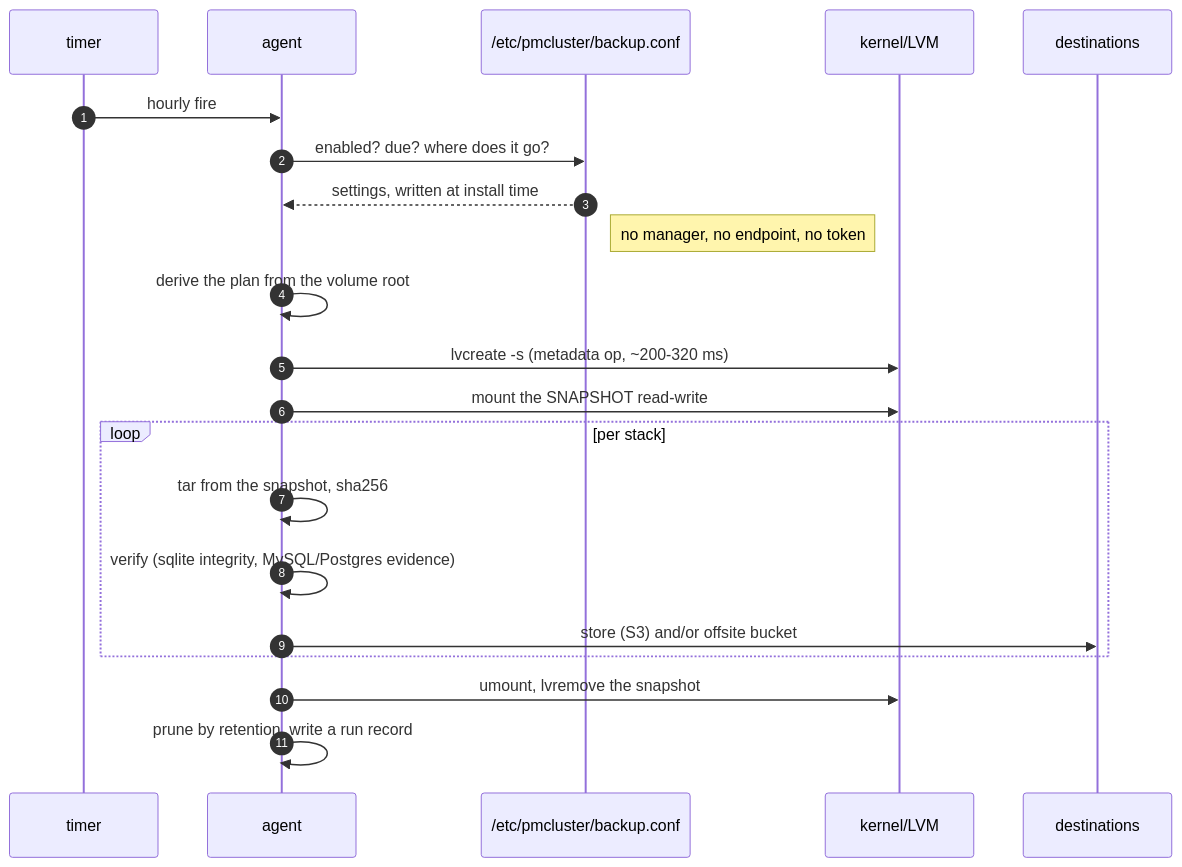
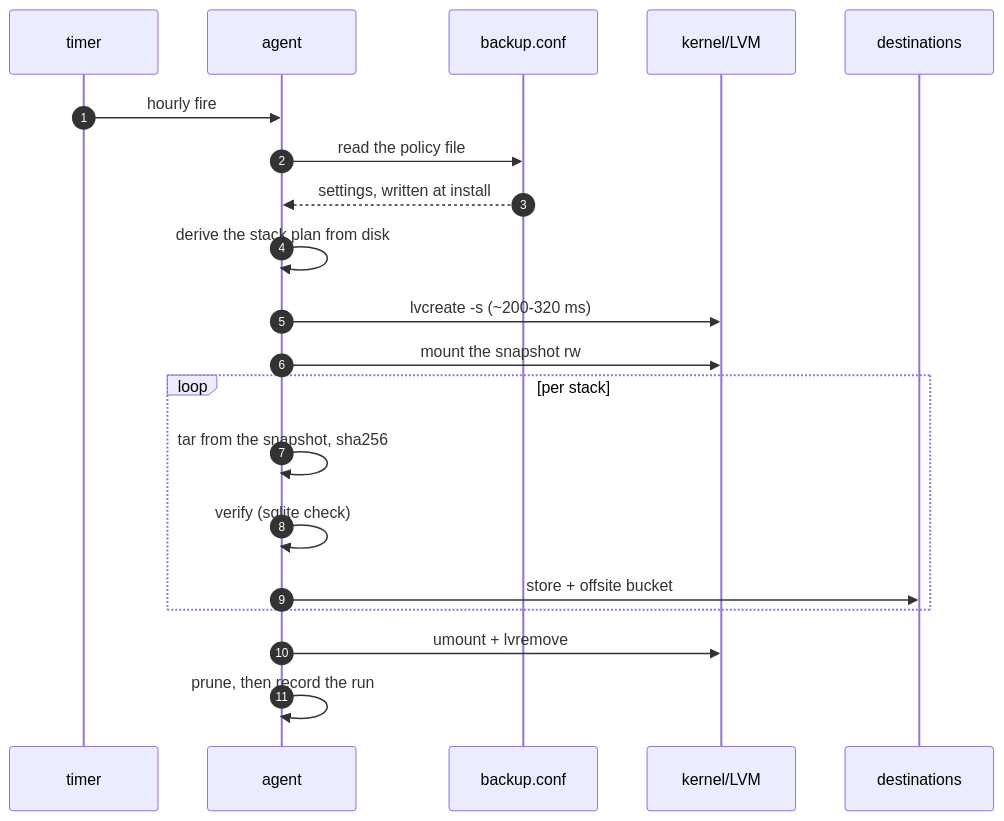
The second of 3 diagrams in docs/backup-agent-flow.md (hazemarian/poor-man-cluster), drawn with Mermaid before and after one commit. The commit also changed other lines of this file, not shown here.

Commit message:
fix(docs): make the backup diagrams parse and stay legible
Two things the docs job caught in the rewrite:

- `<br/>` inside a Note is fine, a semicolon is not: `refuses over live data
  unless drained; ...` and `the snapshot is long gone; ...` were statement
  separators to the parser, so diagrams 1 and 3 failed outright.
- Diagram 2 was 1219px, which GitHub scales to 0.68 (~11px labels). The width was
  driven by a right-placed Note, not by the messages — moving the "no manager,
  no endpoint" line into the prose below (where it already appears) and trimming
  three labels brings all three to scale >= 0.75.

Checked with scripts/check-mermaid-render.py locally, the same script the docs
workflow runs.

````diff
--- a/docs/backup-agent-flow.md
+++ b/docs/backup-agent-flow.md
@@ -44,24 +44,23 @@
 ```mermaid
 sequenceDiagram
  autonumber
  participant T as timer
  participant A as agent
- participant P as /etc/pmcluster/backup.conf
+ participant P as backup.conf
  participant K as kernel/LVM
  participant D as destinations
 
  T->>A: hourly fire
- A->>P: enabled? due? where does it go?
- P-->>A: settings, written at install time
- Note right of P: no manager, no endpoint, no token
- A->>A: derive the plan from the volume root
- A->>K: lvcreate -s (metadata op, ~200-320 ms)
- A->>K: mount the SNAPSHOT read-write
+ A->>P: read the policy file
+ P-->>A: settings, written at install
+ A->>A: derive the stack plan from disk
+ A->>K: lvcreate -s (~200-320 ms)
+ A->>K: mount the snapshot rw
  loop per stack
    A->>A: tar from the snapshot, sha256
-   A->>A: verify (sqlite integrity, MySQL/Postgres evidence)
-   A->>D: store (S3) and/or offsite bucket
+   A->>A: verify (sqlite check)
+   A->>D: store + offsite bucket
  end
- A->>K: umount, lvremove the snapshot
- A->>A: prune by retention, write a run record
+ A->>K: umount + lvremove
+ A->>A: prune, then record the run
 ```
````
